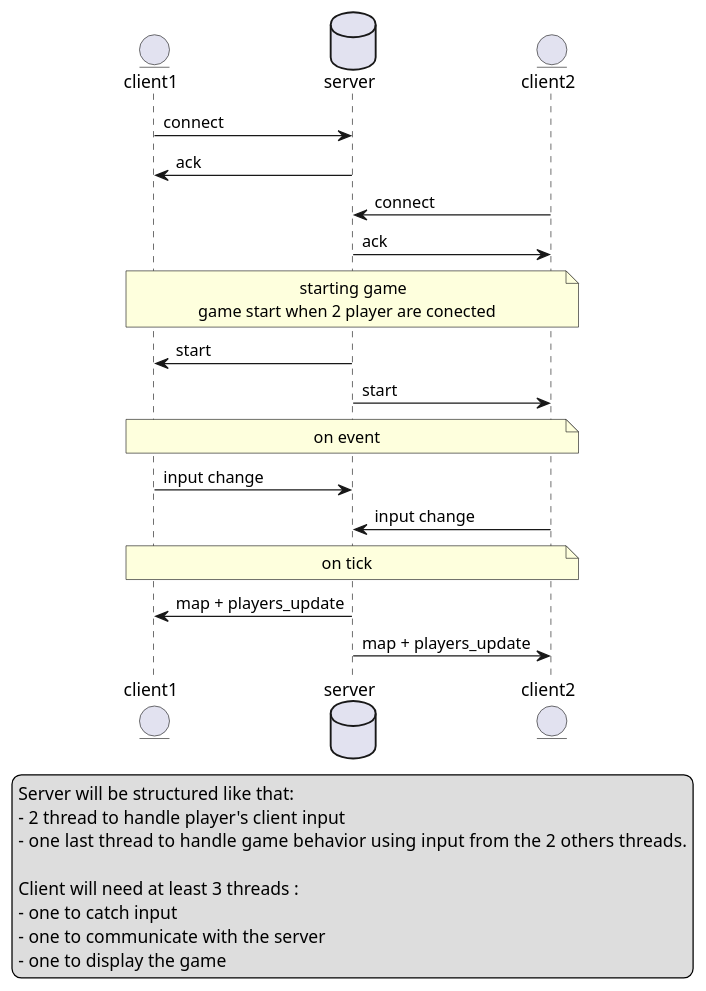
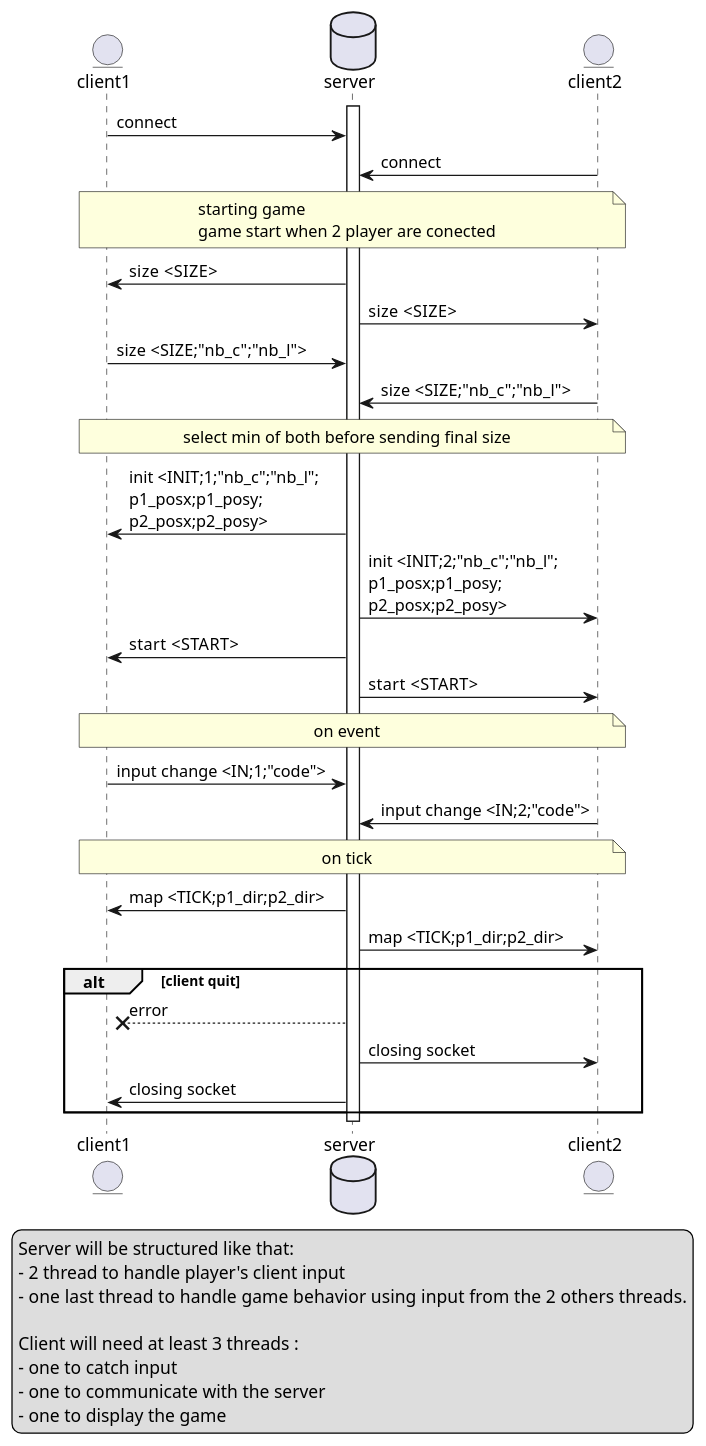
One commit to H4de421/TRON changed the diagram in assets/server_communication.puml. Above: the diagram before and after it, drawn with PlantUML. The commit also changed 23 other files, not shown here.

First line of the commit message:
feat: multiplayer init(pre game stetup) + menu updates

```diff
--- a/assets/server_communication.puml
+++ b/assets/server_communication.puml
@@ -1,38 +1,55 @@
 @startuml
 
 entity client1
 database server
 entity client2
 
+activate server 
 client1->server : connect
-server->client1 : ack
 client2->server : connect
-server->client2 : ack
 
-note over client2 ,client1: \t\t\tstarting game\ngame start when 2 player are conected
+note over client2 ,client1: starting game\ngame start when 2 player are conected
 
-server->client1 : start
-server->client2 : start
+server->client1 : size  <SIZE>
+server->client2 : size  <SIZE>
+client1->server : size  <SIZE;"nb_c";"nb_l">
+client2->server : size  <SIZE;"nb_c";"nb_l">
+
+note over client1, client2: select min of both before sending final size
+
+server->client1 : init <INIT;1;"nb_c";"nb_l";\np1_posx;p1_posy;\np2_posx;p2_posy>  
+server->client2 : init <INIT;2;"nb_c";"nb_l";\np1_posx;p1_posy;\np2_posx;p2_posy> 
+
+server->client1 : start  <START>
+server->client2 : start  <START>
 
 note over client2 ,client1: on event
 
-client1->server : input change
-client2->server : input change
+client1->server : input change <IN;1;"code">
+client2->server : input change <IN;2;"code"> 
 
 note over client2 ,client1: on tick
-server -> client1 : map + players_update
-server -> client2 : map + players_update
+server -> client1 : map <TICK;p1_dir;p2_dir>
+server -> client2 : map <TICK;p1_dir;p2_dir>
+
+alt client quit
+server --x client1 : error
+server -> client2 : closing socket
+server -> client1 : closing socket
+
+end
+deactivate server
 
 legend
 Server will be structured like that:
 - 2 thread to handle player's client input
 - one last thread to handle game behavior  using input from the 2 others threads.
 
 Client will need at least 3 threads : 
 - one to catch input 
 - one to communicate with the server
 - one to display the game
 end legend
 
 
 @enduml
```
